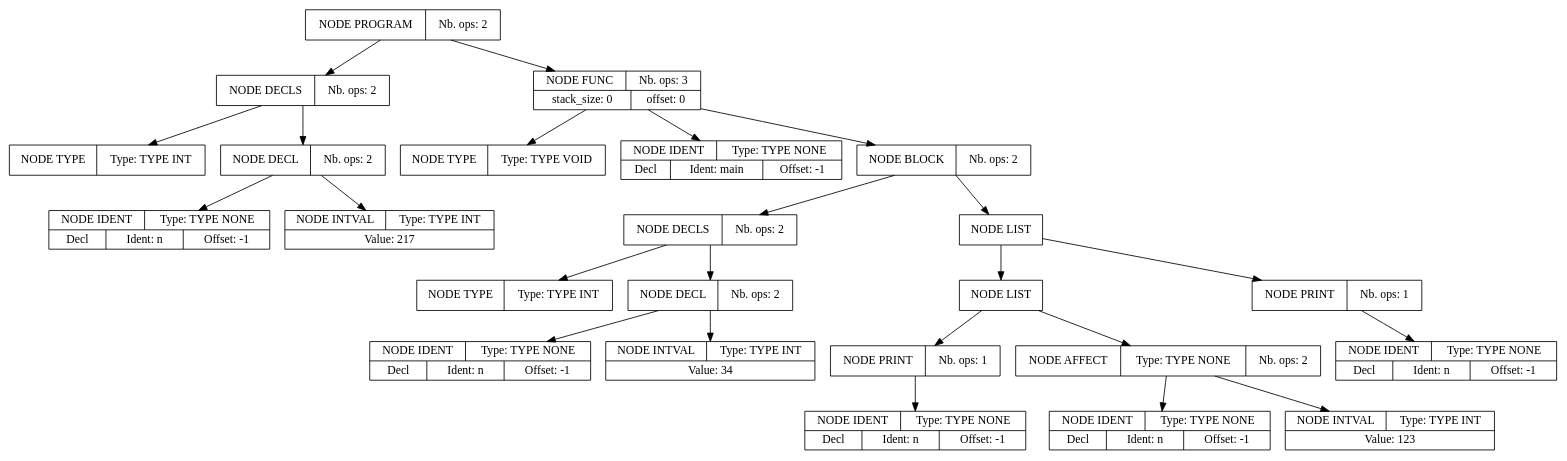
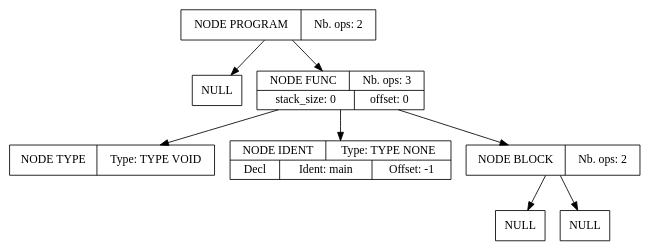
One commit to Serial-DeV/Compilation changed the diagram in projet_compilation_src/tools/apres_syntaxe.dot. Above: the diagram before and after it, drawn with Graphviz. The commit also changed 17 other files, not shown here.

```diff
--- a/projet_compilation_src/tools/apres_syntaxe.dot
+++ b/projet_compilation_src/tools/apres_syntaxe.dot
@@ -1,72 +1,24 @@
 digraph global_vars {
     N1 [shape=record, label="{{NODE PROGRAM|Nb. ops: 2}}"];
-    N2 [shape=record, label="{{NODE DECLS|Nb. ops: 2}}"];
-    N3 [shape=record, label="{{NODE TYPE|Type: TYPE INT}}"];
-    edge[tailclip=true];
-    N2 -> N3
-    N4 [shape=record, label="{{NODE DECL|Nb. ops: 2}}"];
-    N5 [shape=record, label="{{NODE IDENT|Type: TYPE NONE}|{<decl>Decl      |Ident: n|Offset: -1}}"];
-    edge[tailclip=true];
-    N4 -> N5
-    N6 [shape=record, label="{{NODE INTVAL|Type: TYPE INT}|{Value: 217}}"];
-    edge[tailclip=true];
-    N4 -> N6
-    edge[tailclip=true];
-    N2 -> N4
+    N2 [shape=record, label="{{NULL}}"];
     edge[tailclip=true];
     N1 -> N2
-    N7 [shape=record, label="{{NODE FUNC|Nb. ops: 3}|{stack_size: 0|offset: 0}}"];
-    N8 [shape=record, label="{{NODE TYPE|Type: TYPE VOID}}"];
+    N3 [shape=record, label="{{NODE FUNC|Nb. ops: 3}|{stack_size: 0|offset: 0}}"];
+    N4 [shape=record, label="{{NODE TYPE|Type: TYPE VOID}}"];
     edge[tailclip=true];
-    N7 -> N8
-    N9 [shape=record, label="{{NODE IDENT|Type: TYPE NONE}|{<decl>Decl      |Ident: main|Offset: -1}}"];
+    N3 -> N4
+    N5 [shape=record, label="{{NODE IDENT|Type: TYPE NONE}|{<decl>Decl      |Ident: main|Offset: -1}}"];
     edge[tailclip=true];
-    N7 -> N9
-    N10 [shape=record, label="{{NODE BLOCK|Nb. ops: 2}}"];
-    N11 [shape=record, label="{{NODE DECLS|Nb. ops: 2}}"];
-    N12 [shape=record, label="{{NODE TYPE|Type: TYPE INT}}"];
+    N3 -> N5
+    N6 [shape=record, label="{{NODE BLOCK|Nb. ops: 2}}"];
+    N7 [shape=record, label="{{NULL}}"];
     edge[tailclip=true];
-    N11 -> N12
-    N13 [shape=record, label="{{NODE DECL|Nb. ops: 2}}"];
-    N14 [shape=record, label="{{NODE IDENT|Type: TYPE NONE}|{<decl>Decl      |Ident: n|Offset: -1}}"];
+    N6 -> N7
+    N8 [shape=record, label="{{NULL}}"];
     edge[tailclip=true];
-    N13 -> N14
-    N15 [shape=record, label="{{NODE INTVAL|Type: TYPE INT}|{Value: 34}}"];
+    N6 -> N8
     edge[tailclip=true];
-    N13 -> N15
+    N3 -> N6
     edge[tailclip=true];
-    N11 -> N13
-    edge[tailclip=true];
-    N10 -> N11
-    N16 [shape=record, label="{{NODE LIST}}"];
-    N17 [shape=record, label="{{NODE LIST}}"];
-    N18 [shape=record, label="{{NODE PRINT|Nb. ops: 1}}"];
-    N19 [shape=record, label="{{NODE IDENT|Type: TYPE NONE}|{<decl>Decl      |Ident: n|Offset: -1}}"];
-    edge[tailclip=true];
-    N18 -> N19
-    edge[tailclip=true];
-    N17 -> N18
-    N20 [shape=record, label="{{NODE AFFECT|Type: TYPE NONE|Nb. ops: 2}}"];
-    N21 [shape=record, label="{{NODE IDENT|Type: TYPE NONE}|{<decl>Decl      |Ident: n|Offset: -1}}"];
-    edge[tailclip=true];
-    N20 -> N21
-    N22 [shape=record, label="{{NODE INTVAL|Type: TYPE INT}|{Value: 123}}"];
-    edge[tailclip=true];
-    N20 -> N22
-    edge[tailclip=true];
-    N17 -> N20
-    edge[tailclip=true];
-    N16 -> N17
-    N23 [shape=record, label="{{NODE PRINT|Nb. ops: 1}}"];
-    N24 [shape=record, label="{{NODE IDENT|Type: TYPE NONE}|{<decl>Decl      |Ident: n|Offset: -1}}"];
-    edge[tailclip=true];
-    N23 -> N24
-    edge[tailclip=true];
-    N16 -> N23
-    edge[tailclip=true];
-    N10 -> N16
-    edge[tailclip=true];
-    N7 -> N10
-    edge[tailclip=true];
-    N1 -> N7
+    N1 -> N3
 }
```
